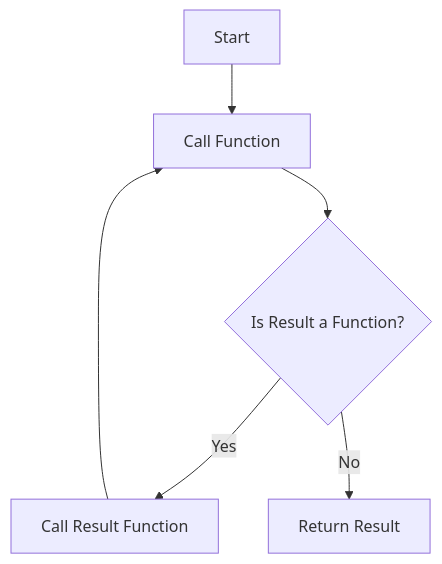
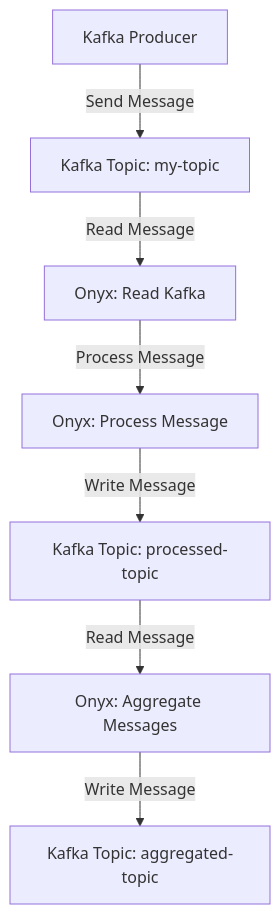
Before and after one commit to MasteryEducation/SoftwarePatternsLexicon.com: the diagram in content/patterns-clojure/17/4/index.md, drawn with Mermaid. The commit also changed other lines of this file and 462 other files, not shown here.

````diff
--- a/content/patterns-clojure/17/4/index.md
+++ b/content/patterns-clojure/17/4/index.md
@@ -36,8 +189,9 @@
 ```mermaid
 graph TD;
-    A[Start] --> B[Call Function]
-    B --> C{Is Result a Function?}
-    C -->|Yes| D[Call Result Function]
-    D --> B
-    C -->|No| E[Return Result]
+    A[Kafka Producer] -->|Send Message| B[Kafka Topic: my-topic];
+    B -->|Read Message| C[Onyx: Read Kafka];
+    C -->|Process Message| D[Onyx: Process Message];
+    D -->|Write Message| E[Kafka Topic: processed-topic];
+    E -->|Read Message| F[Onyx: Aggregate Messages];
+    F -->|Write Message| G[Kafka Topic: aggregated-topic];
 ```
````
